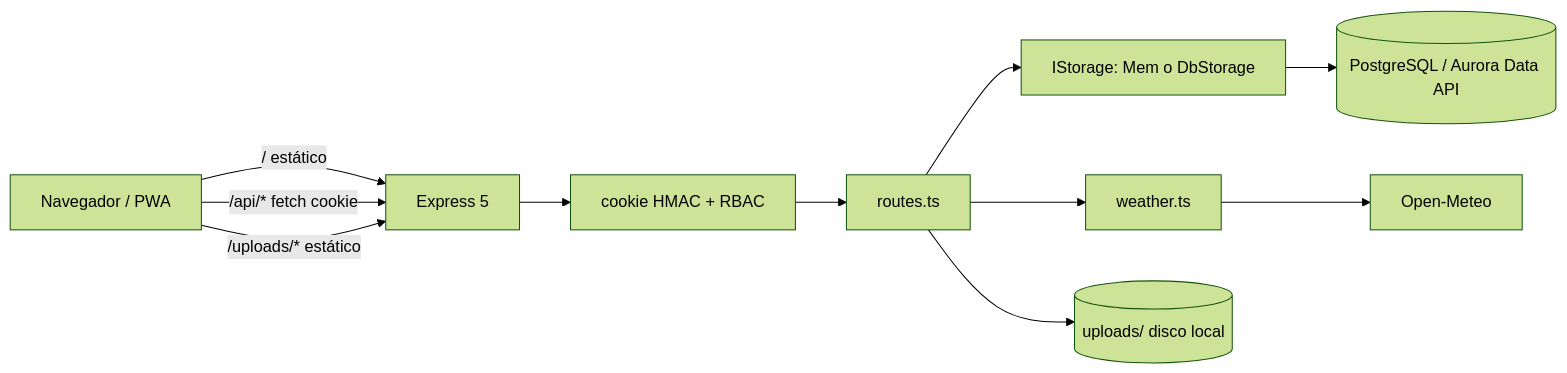
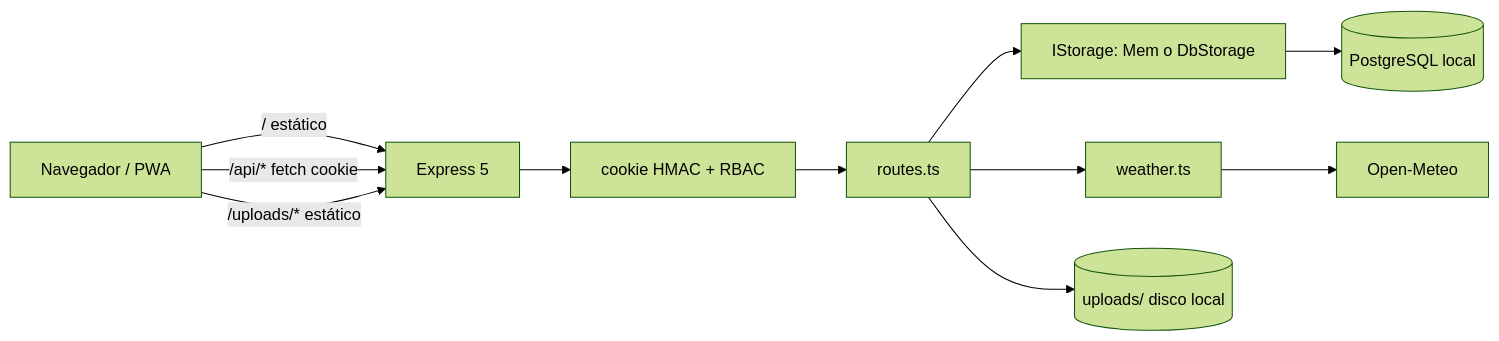
The first of 2 diagrams in README.md (PedroD1265/Agrosbo-KIRO-AWS), drawn with Mermaid (forest theme) before and after one commit. The commit also changed other lines of this file and 12 other files, not shown here.

````diff
--- a/README.md
+++ b/README.md
@@ -74,12 +89,12 @@
 ```mermaid
 flowchart LR
   B[Navegador / PWA] -->|/ estático| EX[Express 5]
   B -->|/api/* fetch cookie| EX
   B -->|/uploads/* estático| EX
   EX --> AUTH[cookie HMAC + RBAC]
   AUTH --> RT[routes.ts]
   RT --> ST[IStorage: Mem o DbStorage]
-  ST --> PG[(PostgreSQL / Aurora Data API)]
+  ST --> PG[(PostgreSQL local)]
   RT --> WX[weather.ts] --> OM[Open-Meteo]
   RT --> FS[(uploads/ disco local)]
 ```
````
